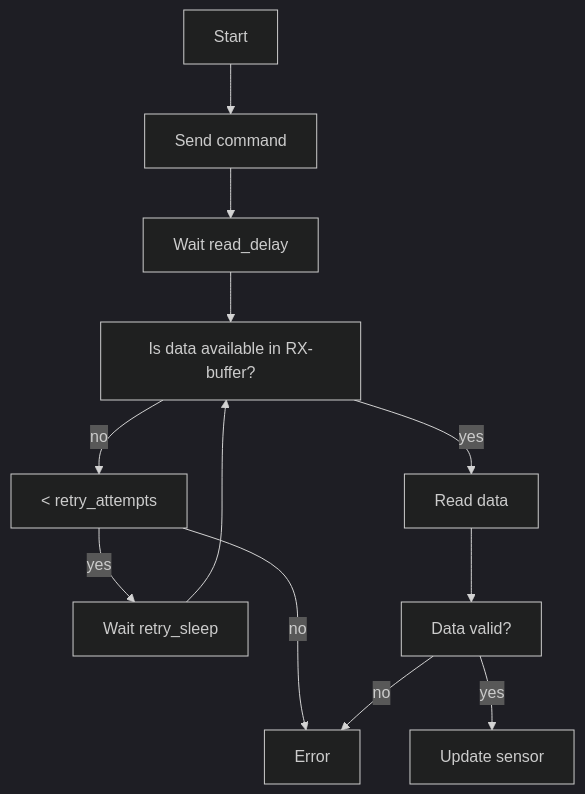
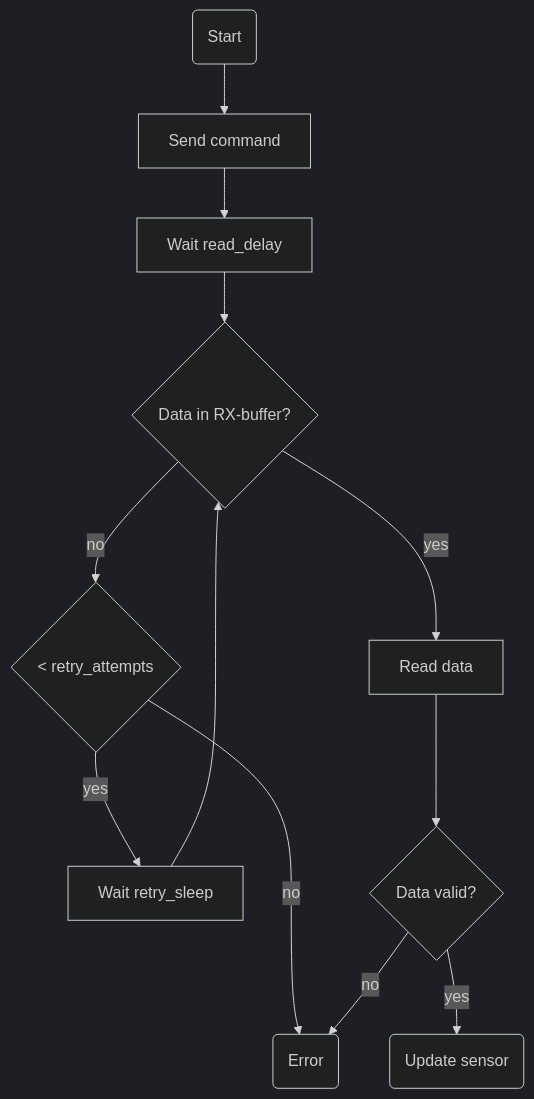
One commit to dala318/esphome-rego600 changed the diagram in README.md. Above: the diagram before and after it, drawn with Mermaid (dark theme).

Commit message:
Update flowchart in README.md

````diff
--- a/README.md
+++ b/README.md
@@ -101,27 +101,27 @@
 ```mermaid
 graph TD;
-    start[Start];
+    start(Start);
     send[Send command]
     read_delay[Wait read_delay]
-    data_available[Is data available in RX-buffer?]
+    data_available{Data in RX-buffer?}
     retry_sleep[Wait retry_sleep];
-    retry_attempts[< retry_attempts];
+    retry_attempts{< retry_attempts};
     read_data[Read data]
-    error[Error]
-    validate_data[Data valid?]
-    ok[Update sensor]
+    error(Error)
+    validate_data{Data valid?}
+    ok(Update sensor)
 
     start-->send;
     send-->read_delay;
     read_delay-->data_available
 
     data_available-->|no|retry_attempts;
     retry_attempts-->|yes|retry_sleep;
     retry_sleep-->data_available;
     retry_attempts-->|no|error;
 
     data_available-->|yes|read_data;
     read_data-->validate_data;
     validate_data-->|yes|ok
     validate_data-->|no|error
 ```
````
